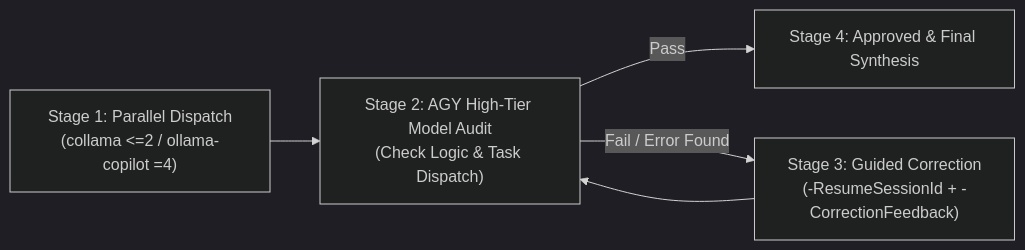
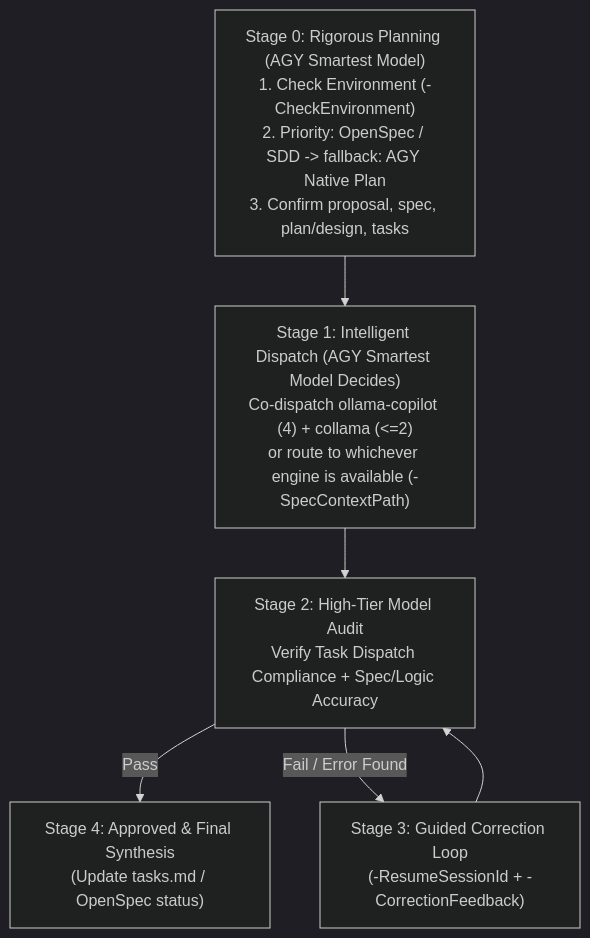
The diagram in .agents/skills/copilot-subagent-orchestrator/SKILL.md (d1658999/call_subagent_skill), drawn with Mermaid (dark theme) before and after one commit. The commit also changed other lines of this file and 3 other files, not shown here.

First line of the commit message:
Enhance Copilot Subagent Orchestrator with SDD Integration and Auto-Failover

````diff
--- a/.agents/skills/copilot-subagent-orchestrator/SKILL.md
+++ b/.agents/skills/copilot-subagent-orchestrator/SKILL.md
@@ -32,7 +36,9 @@
 ```mermaid
-flowchart LR
-    A["Stage 1: Parallel Dispatch<br/>(collama <=2 / ollama-copilot =4)"] --> B["Stage 2: AGY High-Tier Model Audit<br/>(Check Logic & Task Dispatch)"]
-    B -->|Pass| D["Stage 4: Approved & Final Synthesis"]
-    B -->|Fail / Error Found| C["Stage 3: Guided Correction<br/>(-ResumeSessionId + -CorrectionFeedback)"]
-    C --> B
+flowchart TD
+    S0["Stage 0: Rigorous Planning (AGY Smartest Model)<br/>1. Check Environment (-CheckEnvironment)<br/>2. Priority: OpenSpec / SDD -> fallback: AGY Native Plan<br/>3. Confirm proposal, spec, plan/design, tasks"] --> S1
+    S1["Stage 1: Intelligent Dispatch (AGY Smartest Model Decides)<br/>Co-dispatch ollama-copilot (4) + collama (<=2)<br/>or route to whichever engine is available (-SpecContextPath)"] --> S2
+    S2["Stage 2: High-Tier Model Audit<br/>Verify Task Dispatch Compliance + Spec/Logic Accuracy"]
+    S2 -->|Pass| S4["Stage 4: Approved & Final Synthesis<br/>(Update tasks.md / OpenSpec status)"]
+    S2 -->|Fail / Error Found| S3["Stage 3: Guided Correction Loop<br/>(-ResumeSessionId + -CorrectionFeedback)"]
+    S3 --> S2
 ```
````
